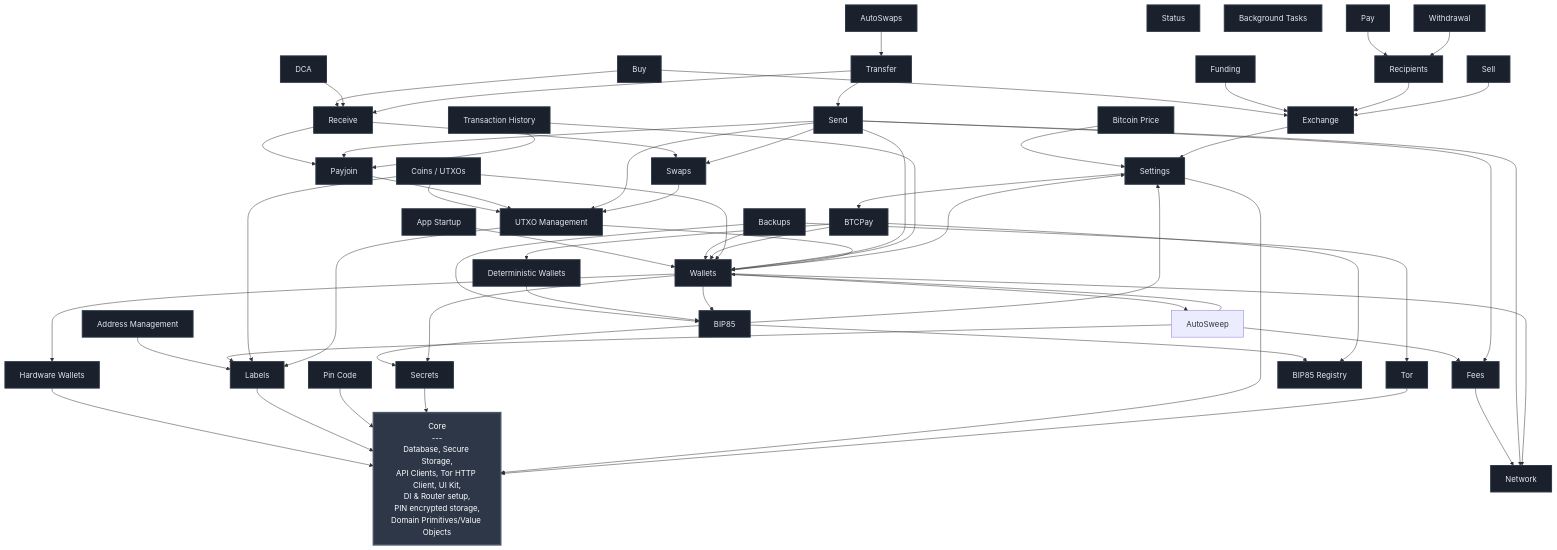
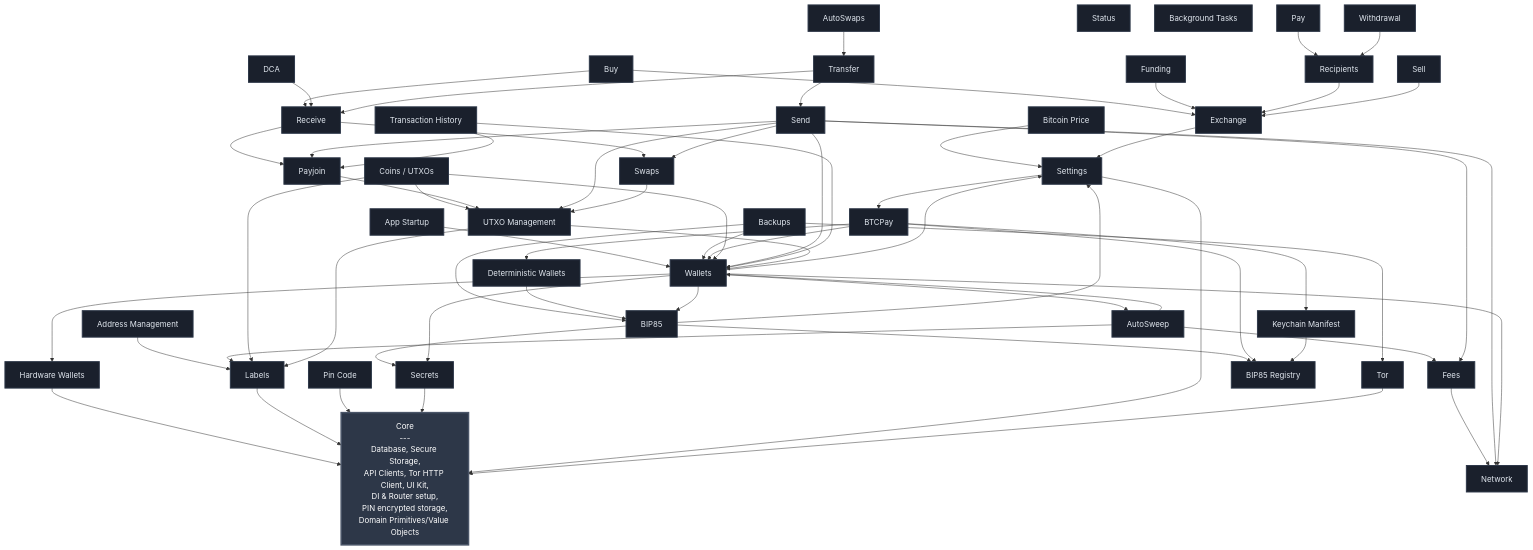
One commit to SatoshiPortal/bullbitcoin-mobile changed the diagram in FEATURES.md. Above: the diagram before and after it, drawn with Mermaid. The commit also changed 20 other files, not shown here.

Commit message:
fix(keychain_manifest): adapt typed pairing records

````diff
--- a/FEATURES.md
+++ b/FEATURES.md
@@ -24,6 +24,7 @@
     BIP85[BIP85]
     BIP85_REGISTRY[BIP85 Registry]
     DETERMINISTIC_WALLETS[Deterministic Wallets]
+    KEYCHAIN_MANIFEST[Keychain Manifest]
     FEES[Fees]
     WALLETS[Wallets]
     EXCHANGE[Exchange]
@@ -69,6 +70,7 @@
     BTC_PRICE --> SETTINGS
     BTCPAY --> BIP85_REGISTRY
     BTCPAY --> DETERMINISTIC_WALLETS
+    BTCPAY --> KEYCHAIN_MANIFEST
     BTCPAY --> WALLETS
     BUY --> EXCHANGE
     BUY --> RECEIVE
@@ -77,6 +79,7 @@
     COINS --> WALLETS
     DCA --> RECEIVE
     DETERMINISTIC_WALLETS --> BIP85
+    KEYCHAIN_MANIFEST --> BIP85_REGISTRY
     EXCHANGE --> SETTINGS
     FEES --> NETWORK
     FUNDING --> EXCHANGE
@@ -119,5 +122,5 @@
     classDef featureStyle fill:#1a202c,stroke:#2d3748,stroke-width:2px,color:#e2e8f0
 
     class CORE coreStyle
-    class SETTINGS,TOR,PIN_CODE,LABELS,SECRETS,HW_WALLETS,BTC_PRICE,BTCPAY,NETWORK,BIP85,BIP85_REGISTRY,DETERMINISTIC_WALLETS,FEES,WALLETS,EXCHANGE,APP_STARTUP,UTXO_MGMT,ADDRESS_MGMT,RECIPIENTS,FUNDING,BACKUPS,SWAPS,PAYJOIN,WITHDRAWAL,STATUS,SEND,RECEIVE,TRANSFER,TX_HISTORY,BG_TASKS,AUTOSWAPS,DCA,SELL,PAY,BUY,COINS featureStyle
+    class SETTINGS,TOR,PIN_CODE,LABELS,SECRETS,HW_WALLETS,BTC_PRICE,BTCPAY,NETWORK,BIP85,BIP85_REGISTRY,DETERMINISTIC_WALLETS,KEYCHAIN_MANIFEST,FEES,WALLETS,EXCHANGE,APP_STARTUP,UTXO_MGMT,ADDRESS_MGMT,RECIPIENTS,FUNDING,BACKUPS,SWAPS,PAYJOIN,WITHDRAWAL,STATUS,SEND,RECEIVE,TRANSFER,TX_HISTORY,BG_TASKS,AUTOSWAPS,AUTOSWEEP,DCA,SELL,PAY,BUY,COINS featureStyle
 ```
````
